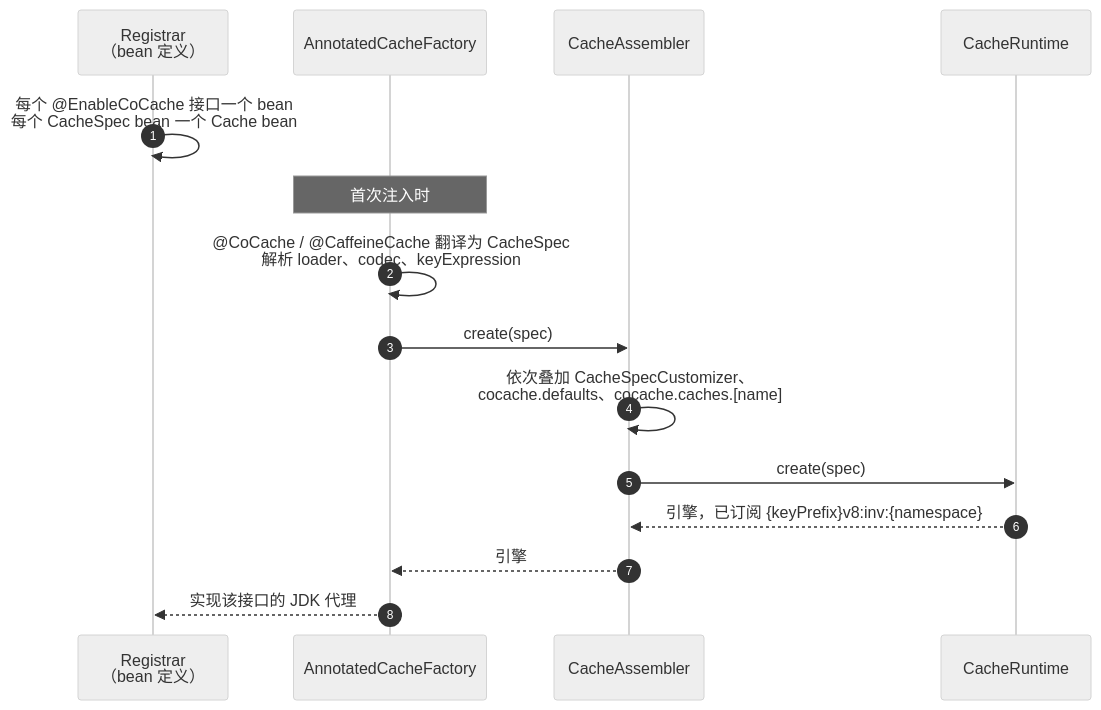
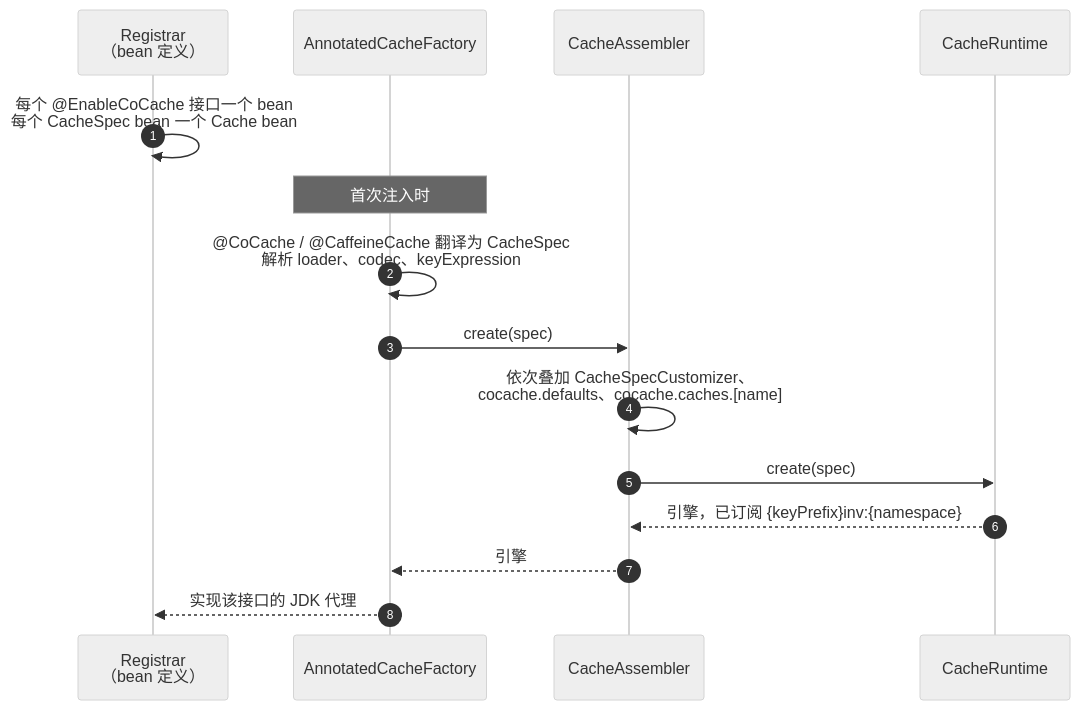
Before and after one commit to Ahoo-Wang/CoCache: the second of 2 diagrams in wiki/zh/architecture/index.md, drawn with Mermaid (neutral theme). The commit also changed other lines of this file and 80 other files, not shown here.

````diff
--- a/wiki/zh/architecture/index.md
+++ b/wiki/zh/architecture/index.md
@@ -97,17 +97,17 @@
 ```mermaid
 sequenceDiagram
     autonumber
     participant Reg as Registrar<br>（bean 定义）
     participant Fac as AnnotatedCacheFactory
     participant Asm as CacheAssembler
     participant RT as CacheRuntime
     Reg->>Reg: 每个 @EnableCoCache 接口一个 bean<br>每个 CacheSpec bean 一个 Cache bean
     Note over Fac: 首次注入时
     Fac->>Fac: @CoCache / @CaffeineCache 翻译为 CacheSpec<br>解析 loader、codec、keyExpression
     Fac->>Asm: create(spec)
     Asm->>Asm: 依次叠加 CacheSpecCustomizer、<br>cocache.defaults、cocache.caches.[name]
     Asm->>RT: create(spec)
-    RT-->>Asm: 引擎，已订阅 {keyPrefix}v8:inv:{namespace}
+    RT-->>Asm: 引擎，已订阅 {keyPrefix}inv:{namespace}
     Asm-->>Fac: 引擎
     Fac-->>Reg: 实现该接口的 JDK 代理
 ```
````
